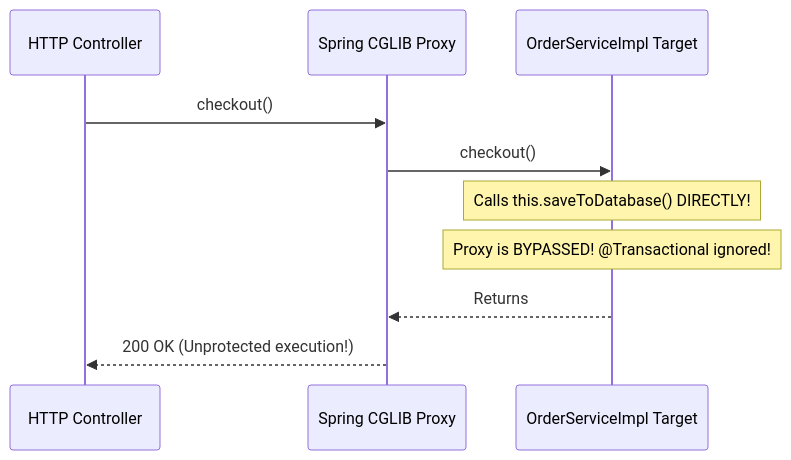
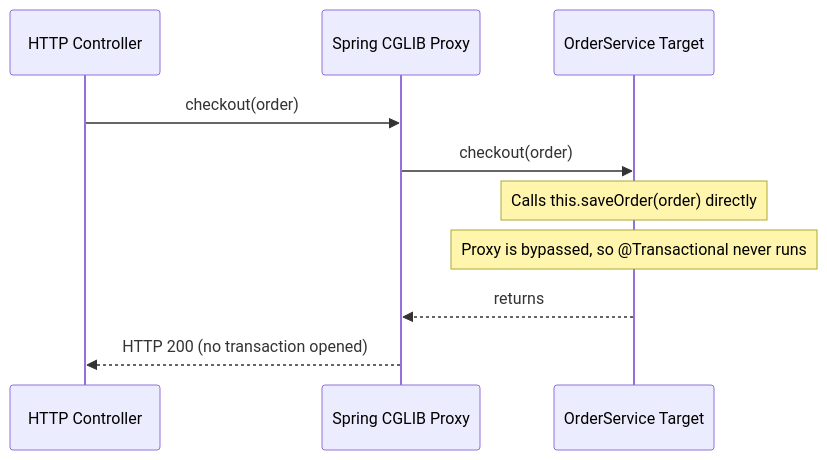
The fourth of 5 diagrams in content/roadmap/level-6/structural-patterns.md (ravishankar2463/java_hub), drawn with Mermaid before and after one commit. The commit also changed other lines of this file and 119 other files, not shown here.

Commit message:
feat: add comprehensive java learning roadmap content across multiple levels

````diff
--- a/content/roadmap/level-6/structural-patterns.md
+++ b/content/roadmap/level-6/structural-patterns.md
@@ -371,13 +437,13 @@
 ```mermaid
 sequenceDiagram
     participant Controller as HTTP Controller
     participant Proxy as Spring CGLIB Proxy
-    participant Target as OrderServiceImpl Target
+    participant Target as OrderService Target
 
-    Controller->>Proxy: checkout()
-    Proxy->>Target: checkout()
-    Note over Target: Calls this.saveToDatabase() DIRECTLY!
-    Note over Target: Proxy is BYPASSED! @Transactional ignored!
-    Target-->>Proxy: Returns
-    Proxy-->>Controller: 200 OK (Unprotected execution!)
+    Controller->>Proxy: checkout(order)
+    Proxy->>Target: checkout(order)
+    Note over Target: Calls this.saveOrder(order) directly
+    Note over Target: Proxy is bypassed, so @Transactional never runs
+    Target-->>Proxy: returns
+    Proxy-->>Controller: HTTP 200 (no transaction opened)
 ```
````
